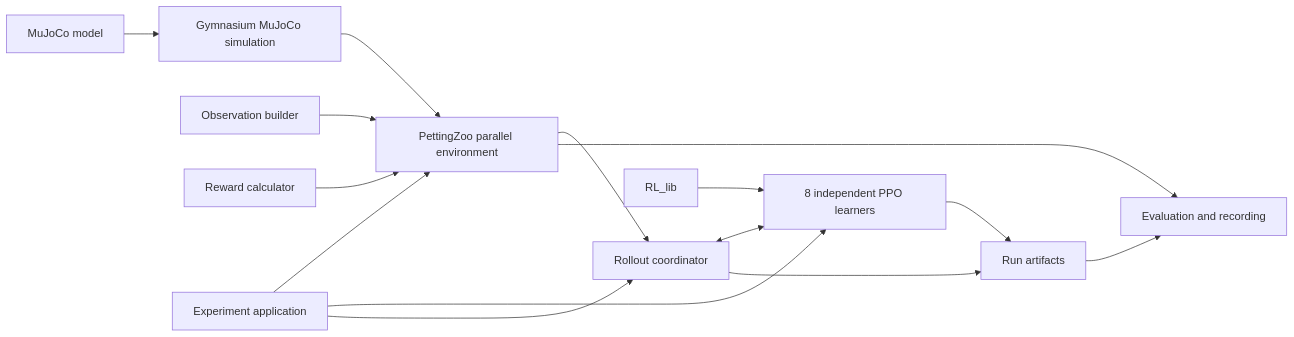
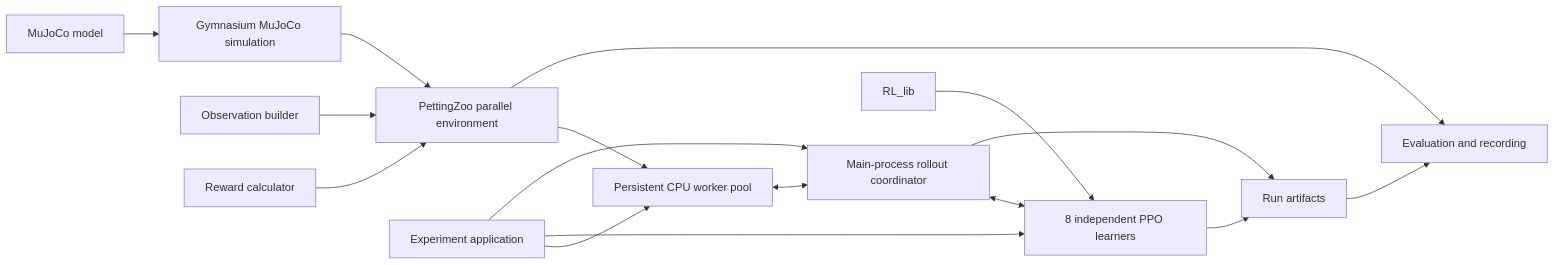
The diagram in docs/plan.md (DrippingSoup22/centipede-project), drawn with Mermaid before and after one commit. The commit also changed other lines of this file and 42 other files, not shown here.

````diff
--- a/docs/plan.md
+++ b/docs/plan.md
@@ -40,17 +49,18 @@
 ```mermaid
 flowchart LR
     M[MuJoCo model] --> P[Gymnasium MuJoCo simulation]
     P --> E[PettingZoo parallel environment]
     O[Observation builder] --> E
     R[Reward calculator] --> E
-    E --> T[Rollout coordinator]
+    E --> W[Persistent CPU worker pool]
+    W <--> T[Main-process rollout coordinator]
     L[RL_lib] --> A[8 independent PPO learners]
     T <--> A
-    X[Experiment application] --> E
+    X[Experiment application] --> W
     X --> A
     X --> T
     T --> D[Run artifacts]
     A --> D
     D --> V[Evaluation and recording]
     E --> V
 ```
````
